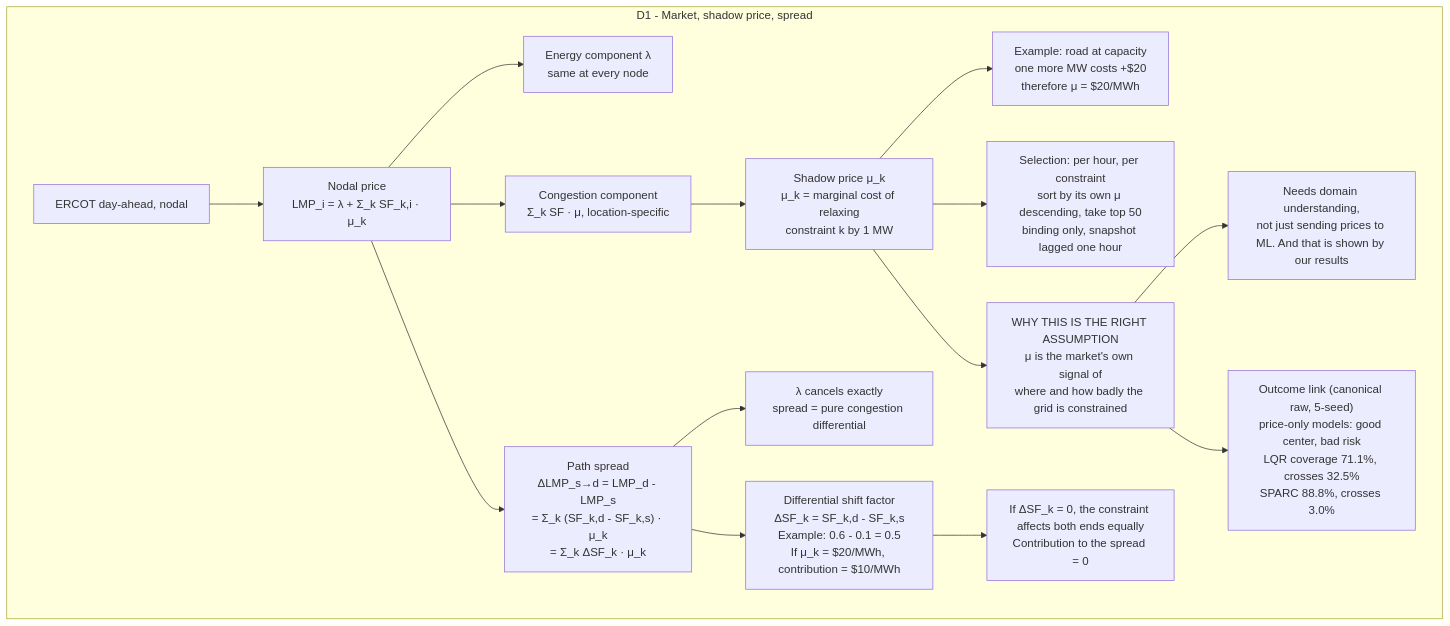
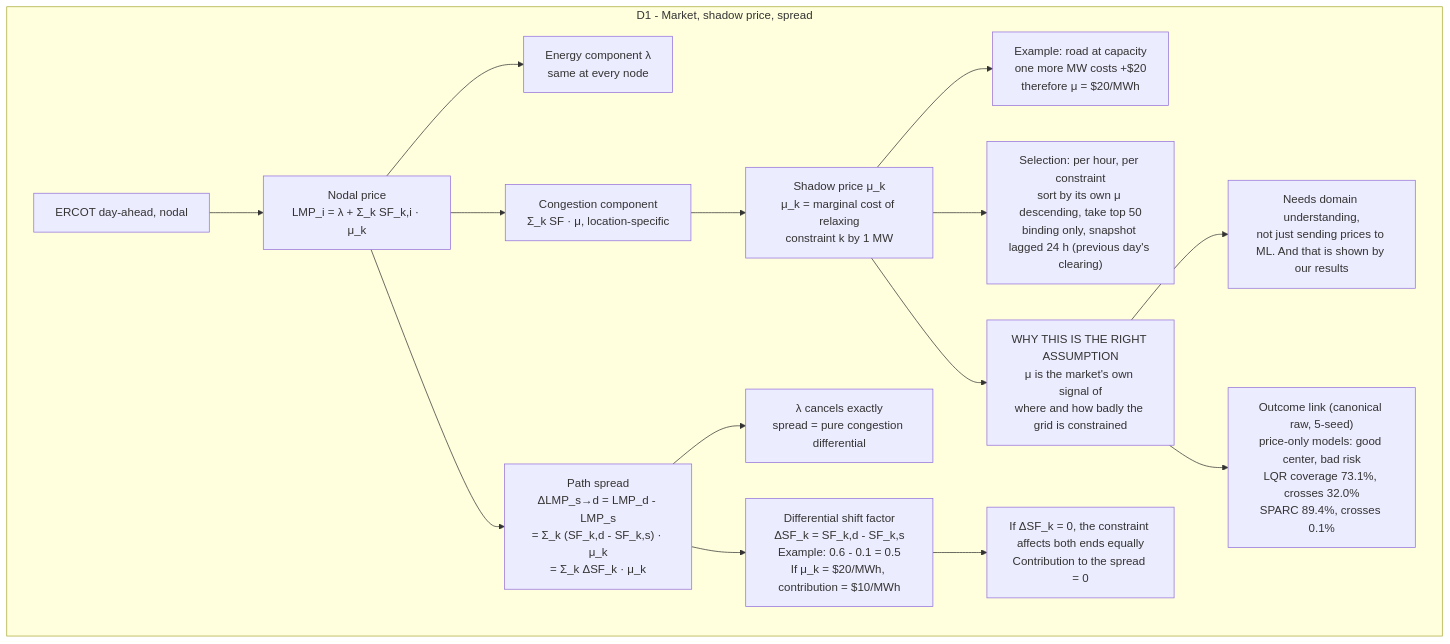
The diagram in docs/explanation/06-sparc-flow-02-G_D1.mmd (L1ZLe/ercot-casp-paper), drawn with Mermaid before and after one commit. The commit also changed 41 other files, not shown here.

First line of the commit message:
feat(data): use previous-day constraint snapshot (t-24h) per ERCOT DAM availability

```diff
--- a/docs/explanation/06-sparc-flow-02-G_D1.mmd
+++ b/docs/explanation/06-sparc-flow-02-G_D1.mmd
@@ -1,16 +1,16 @@
 flowchart TD
 subgraph G_D1["D1 - Market, shadow price, spread"]
     M["ERCOT day-ahead, nodal"] --> P1["Nodal price<br/>LMP_i = λ + Σ_k SF_k,i · μ_k"]
     P1 --> P2["Energy component λ<br/>same at every node"]
     P1 --> P3["Congestion component<br/>Σ_k SF · μ, location-specific"]
     P3 --> SP["Shadow price μ_k<br/>μ_k = marginal cost of relaxing<br/>constraint k by 1 MW"]
     SP --> EX_D1["Example: road at capacity<br/>one more MW costs +$20<br/>therefore μ = $20/MWh"]
-    SP --> TOPK["Selection: per hour, per constraint<br/>sort by its own μ descending, take top 50<br/>binding only, snapshot lagged one hour"]
+    SP --> TOPK["Selection: per hour, per constraint<br/>sort by its own μ descending, take top 50<br/>binding only, snapshot lagged 24 h (previous day's clearing)"]
     P1 --> SPREAD["Path spread<br/>ΔLMP_s→d = LMP_d - LMP_s<br/>= Σ_k (SF_k,d - SF_k,s) · μ_k<br/>= Σ_k ΔSF_k · μ_k"]
     SPREAD --> C1["λ cancels exactly<br/>spread = pure congestion differential"]
     SPREAD --> DSF_D1["Differential shift factor<br/>ΔSF_k = SF_k,d - SF_k,s<br/>Example: 0.6 - 0.1 = 0.5<br/>If μ_k = $20/MWh, contribution = $10/MWh"]
     DSF_D1 --> Z["If ΔSF_k = 0, the constraint affects both ends equally<br/>Contribution to the spread = 0"]
     SP --> ARG["WHY THIS IS THE RIGHT ASSUMPTION<br/>μ is the market's own signal of<br/>where and how badly the grid is constrained"]
     ARG --> DOM["Needs domain understanding,<br/>not just sending prices to ML. And that is shown by our results"]
-    ARG --> LINK["Outcome link (canonical raw, 5-seed)<br/>price-only models: good center, bad risk<br/>LQR coverage 71.1%, crosses 32.5%<br/>SPARC 88.8%, crosses 3.0%"]
+    ARG --> LINK["Outcome link (canonical raw, 5-seed)<br/>price-only models: good center, bad risk<br/>LQR coverage 73.1%, crosses 32.0%<br/>SPARC 89.4%, crosses 0.1%"]
   end
```
